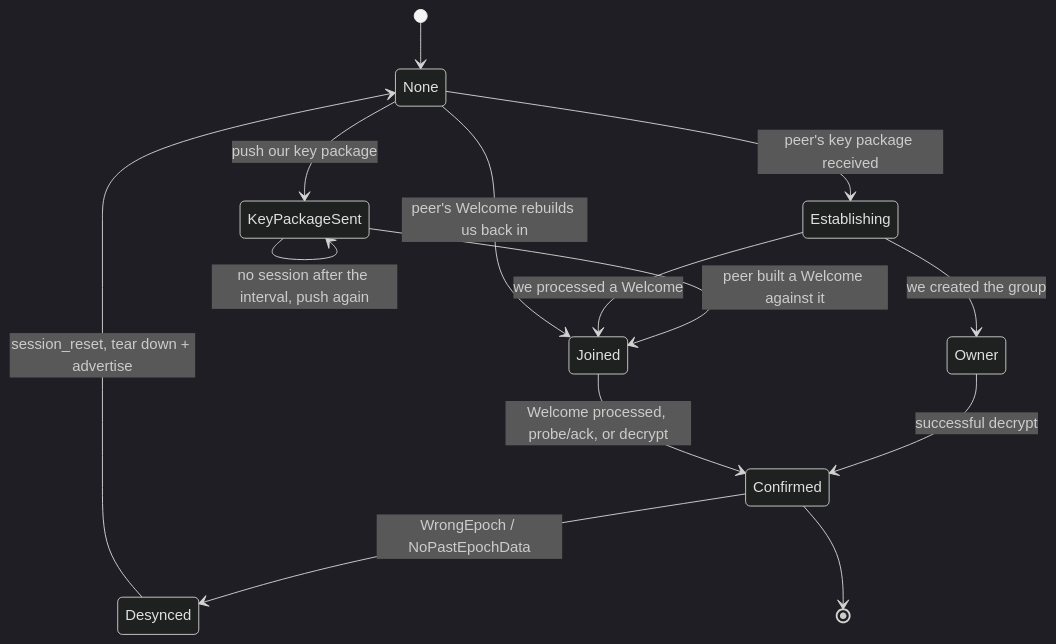
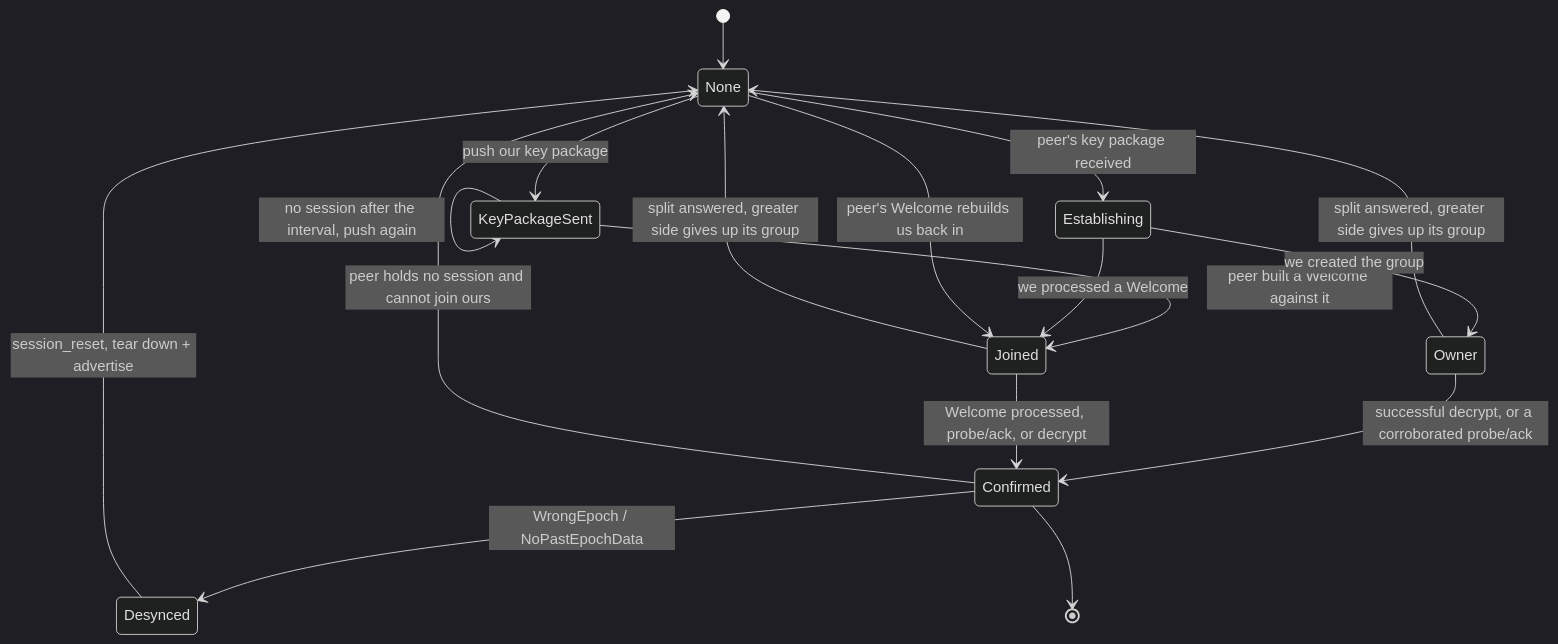
One commit to Offline-Protocol/offline-protocol-sdk changed the diagram in docs/state-machines/session-lifecycle.md. Above: the diagram before and after it, drawn with Mermaid (dark theme). The commit also changed other lines of this file and 28 other files, not shown here.

````diff
--- a/docs/state-machines/session-lifecycle.md
+++ b/docs/state-machines/session-lifecycle.md
@@ -24,20 +24,24 @@
 ```mermaid
 stateDiagram-v2
     [*] --> None
     None --> KeyPackageSent: push our key package
     None --> Establishing: peer's key package received
     KeyPackageSent --> Joined: peer built a Welcome against it
     KeyPackageSent --> KeyPackageSent: no session after the interval, push again
 
     Establishing --> Owner: we created the group
     Establishing --> Joined: we processed a Welcome
 
-    Owner --> Confirmed: successful decrypt
+    Owner --> Confirmed: successful decrypt, or a corroborated probe/ack
     Joined --> Confirmed: Welcome processed, probe/ack, or decrypt
+
+    Owner --> None: split answered, greater side gives up its group
+    Joined --> None: split answered, greater side gives up its group
 
     Confirmed --> Desynced: WrongEpoch / NoPastEpochData
     Desynced --> None: session_reset, tear down + advertise
+    Confirmed --> None: peer holds no session and cannot join ours
     None --> Joined: peer's Welcome rebuilds us back in
 
     Confirmed --> [*]
 ```
````
